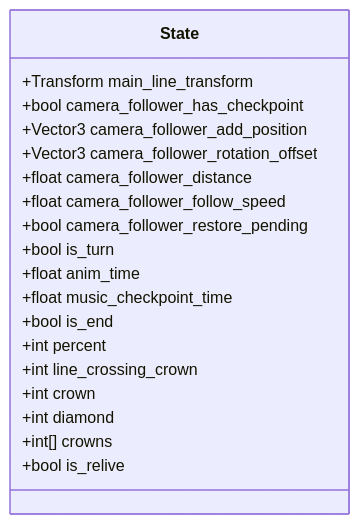
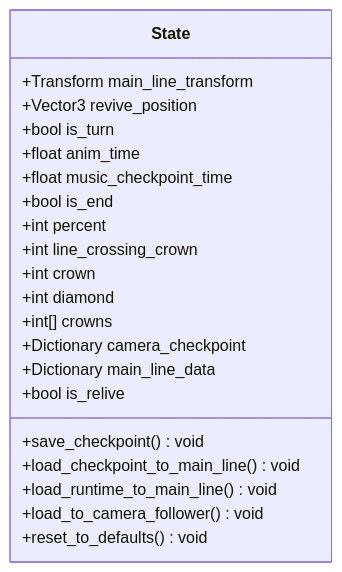
The fifth of 15 diagrams in .qoder/repowiki/zh/content/模板系统/示例场景.md (godotline/godot-line), drawn with Mermaid before and after one commit. The commit also changed other lines of this file and 13 other files, not shown here.

````diff
--- a/.qoder/repowiki/zh/content/模板系统/示例场景.md
+++ b/.qoder/repowiki/zh/content/模板系统/示例场景.md
@@ -249,22 +258,24 @@
 ```mermaid
 classDiagram
 class State {
 +Transform main_line_transform
-+bool camera_follower_has_checkpoint
-+Vector3 camera_follower_add_position
-+Vector3 camera_follower_rotation_offset
-+float camera_follower_distance
-+float camera_follower_follow_speed
-+bool camera_follower_restore_pending
++Vector3 revive_position
 +bool is_turn
 +float anim_time
 +float music_checkpoint_time
 +bool is_end
 +int percent
 +int line_crossing_crown
 +int crown
 +int diamond
 +int[] crowns
++Dictionary camera_checkpoint
++Dictionary main_line_data
 +bool is_relive
++save_checkpoint() void
++load_checkpoint_to_main_line() void
++load_runtime_to_main_line() void
++load_to_camera_follower() void
++reset_to_defaults() void
 }
 ```
````
